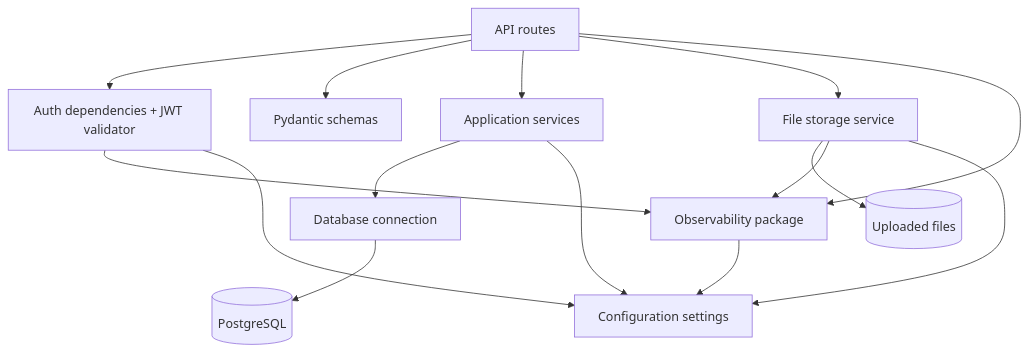
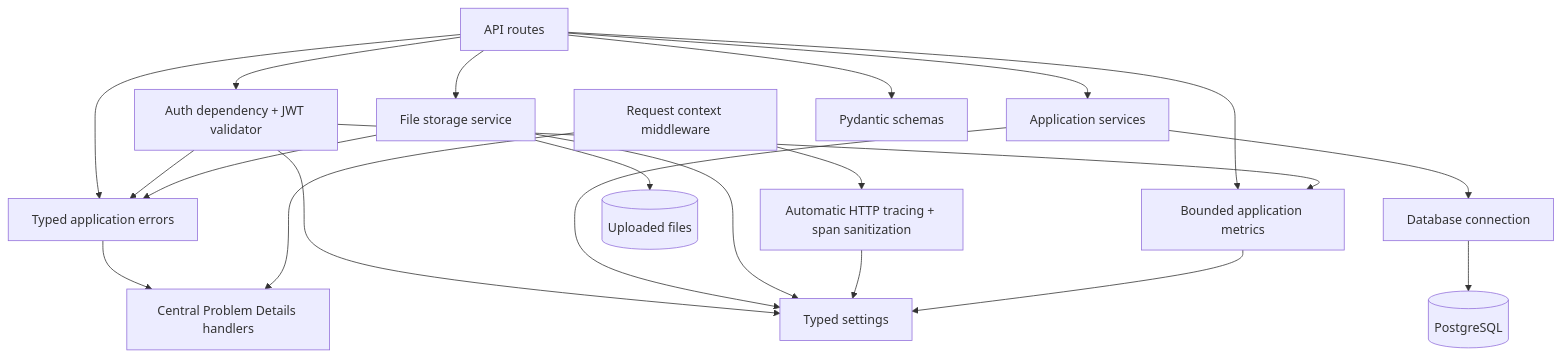
Before and after one commit to GeekStartup/spend-analyzer: the third of 10 diagrams in docs/HLD.md, drawn with Mermaid. The commit also changed other lines of this file and 34 other files, not shown here.

````diff
--- a/docs/HLD.md
+++ b/docs/HLD.md
@@ -129,28 +129,41 @@
 ```mermaid
 flowchart TB
     Routes[API routes]
-    Auth[Auth dependencies + JWT validator]
-    Schemas[Pydantic schemas]
+    Auth[Auth dependency + JWT validator]
     Services[Application services]
     Storage[File storage service]
     DbConn[Database connection]
-    Settings[Configuration settings]
-    Observability[Observability package]
+    Errors[Typed application errors]
+    ProblemDetails[Central Problem Details handlers]
+    Middleware[Request context middleware]
+    Metrics[Bounded application metrics]
+    Tracing[Automatic HTTP tracing + span sanitization]
+    Schemas[Pydantic schemas]
+    Settings[Typed settings]
     DB[(PostgreSQL)]
     Files[(Uploaded files)]
 
     Routes --> Auth
-    Routes --> Schemas
     Routes --> Services
     Routes --> Storage
-    Routes --> Observability
-    Auth --> Observability
+    Routes --> Schemas
+    Routes --> Errors
+    Routes --> Metrics
+
+    Auth --> Errors
+    Auth --> Metrics
+    Auth --> Settings
+
     Services --> DbConn
+    Services --> Settings
     Storage --> Files
-    Storage --> Observability
+    Storage --> Errors
+    Storage --> Settings
     DbConn --> DB
-    Auth --> Settings
-    Services --> Settings
-    Storage --> Settings
-    Observability --> Settings
+
+    Errors --> ProblemDetails
+    Middleware --> ProblemDetails
+    Middleware --> Tracing
+    Tracing --> Settings
+    Metrics --> Settings
 ```
````
